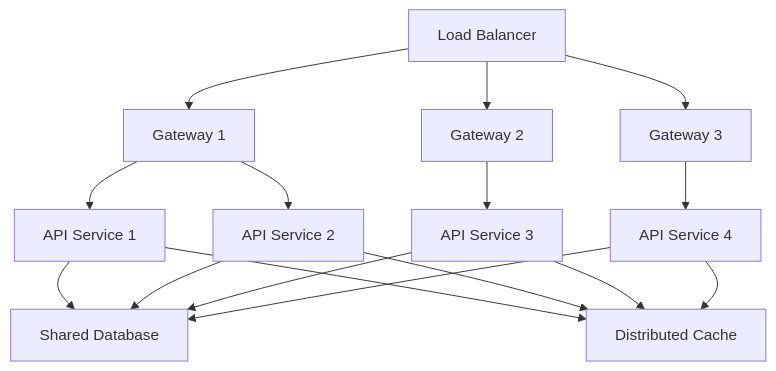
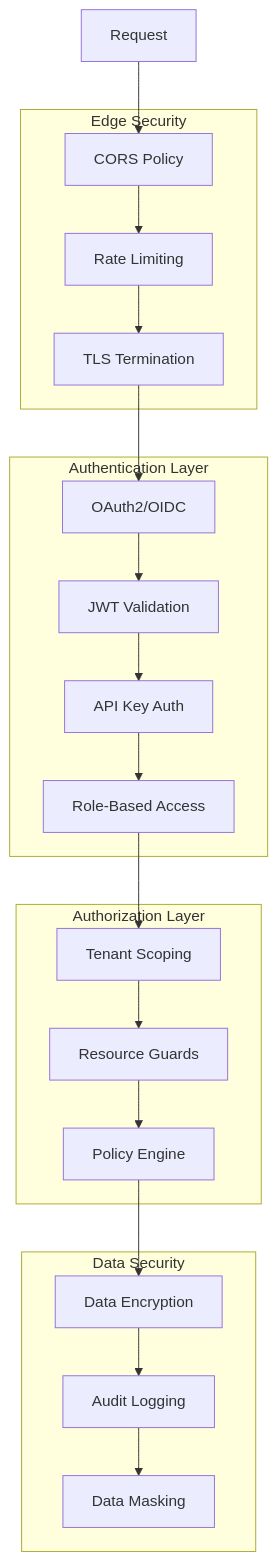
The seventh of 9 diagrams in docs/development/architecture/README.md (Praesto-Pro/openframe-oss-tenant), drawn with Mermaid before and after one commit. The commit also changed other lines of this file and 344 other files, not shown here.

````diff
--- a/docs/development/architecture/README.md
+++ b/docs/development/architecture/README.md
@@ -602,21 +297,41 @@
 ```mermaid
-graph TD
-    LB[Load Balancer] --> GW1[Gateway 1]
-    LB --> GW2[Gateway 2]
-    LB --> GW3[Gateway 3]
+flowchart TB
+    subgraph "Edge Security"
+        CORS[CORS Policy]
+        RateLimit[Rate Limiting]
+        SSL[TLS Termination]
+    end
     
-    GW1 --> API1[API Service 1]
-    GW1 --> API2[API Service 2]
-    GW2 --> API3[API Service 3]
-    GW3 --> API4[API Service 4]
+    subgraph "Authentication Layer"
+        OAuth[OAuth2/OIDC]
+        JWT[JWT Validation]
+        APIKey[API Key Auth]
+        RBAC[Role-Based Access]
+    end
     
-    API1 --> DB[Shared Database]
-    API2 --> DB
-    API3 --> DB
-    API4 --> DB
+    subgraph "Authorization Layer"
+        TenantScope[Tenant Scoping]
+        ResourceGuard[Resource Guards]
+        PolicyEngine[Policy Engine]
+    end
     
-    API1 --> Cache[Distributed Cache]
-    API2 --> Cache
-    API3 --> Cache
-    API4 --> Cache
+    subgraph "Data Security"
+        Encryption[Data Encryption]
+        Audit[Audit Logging]
+        DataMask[Data Masking]
+    end
+    
+    Request --> CORS
+    CORS --> RateLimit
+    RateLimit --> SSL
+    SSL --> OAuth
+    OAuth --> JWT
+    JWT --> APIKey
+    APIKey --> RBAC
+    RBAC --> TenantScope
+    TenantScope --> ResourceGuard
+    ResourceGuard --> PolicyEngine
+    PolicyEngine --> Encryption
+    Encryption --> Audit
+    Audit --> DataMask
 ```
````
